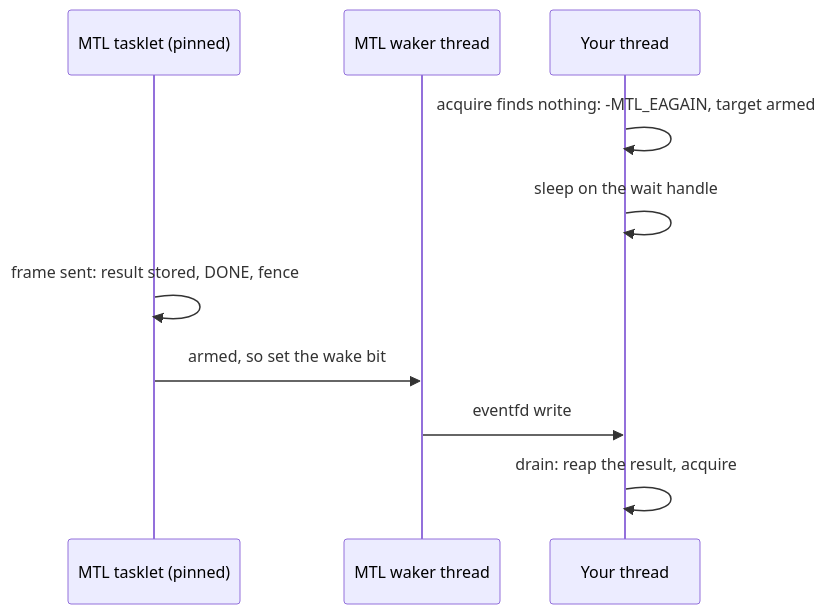
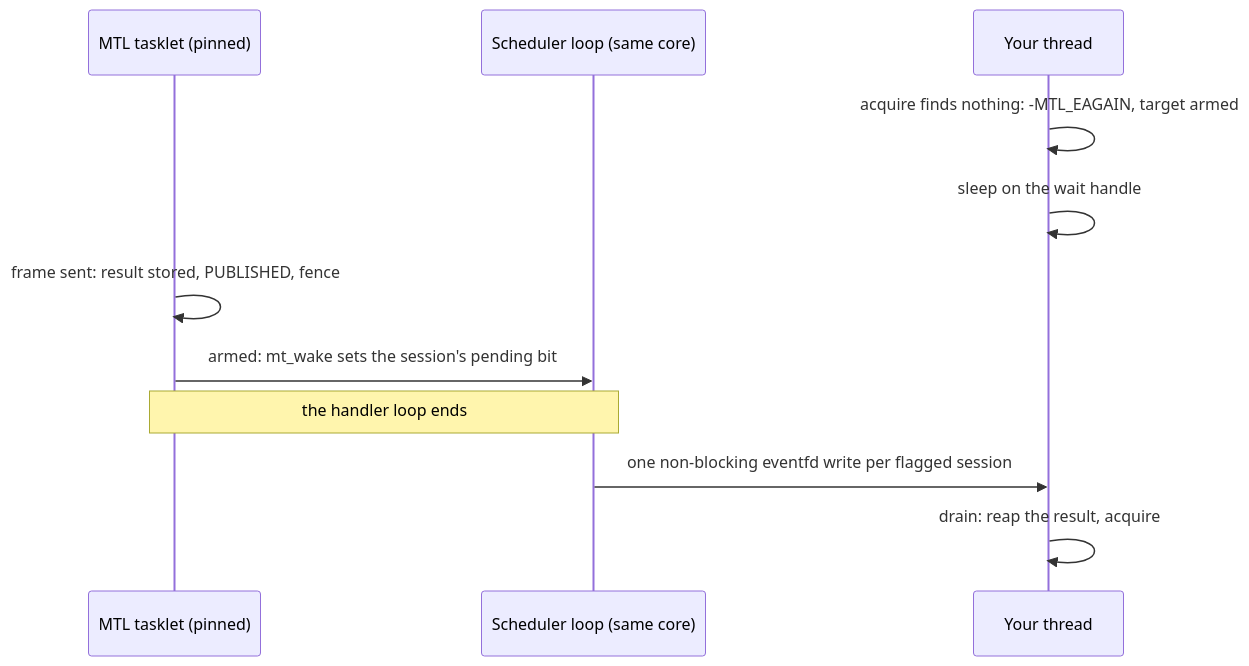
Before and after one commit to Sakoram/Media-Transport-Library: diagram 18 of 56 in doc/unified-api/diagrams.md, drawn with Mermaid. The commit also changed other lines of this file and 56 other files, not shown here.

````diff
--- a/doc/unified-api/diagrams.md
+++ b/doc/unified-api/diagrams.md
@@ -485,12 +486,13 @@
 ```mermaid
 sequenceDiagram
     participant T as MTL tasklet (pinned)
-    participant K as MTL waker thread
+    participant L as Scheduler loop (same core)
     participant A as Your thread
     A->>A: acquire finds nothing: -MTL_EAGAIN, target armed
     A->>A: sleep on the wait handle
-    T->>T: frame sent: result stored, DONE, fence
-    T->>K: armed, so set the wake bit
-    K->>A: eventfd write
+    T->>T: frame sent: result stored, PUBLISHED, fence
+    T->>L: armed: mt_wake sets the session's pending bit
+    Note over T,L: the handler loop ends
+    L->>A: one non-blocking eventfd write per flagged session
     A->>A: drain: reap the result, acquire
 ```
````
